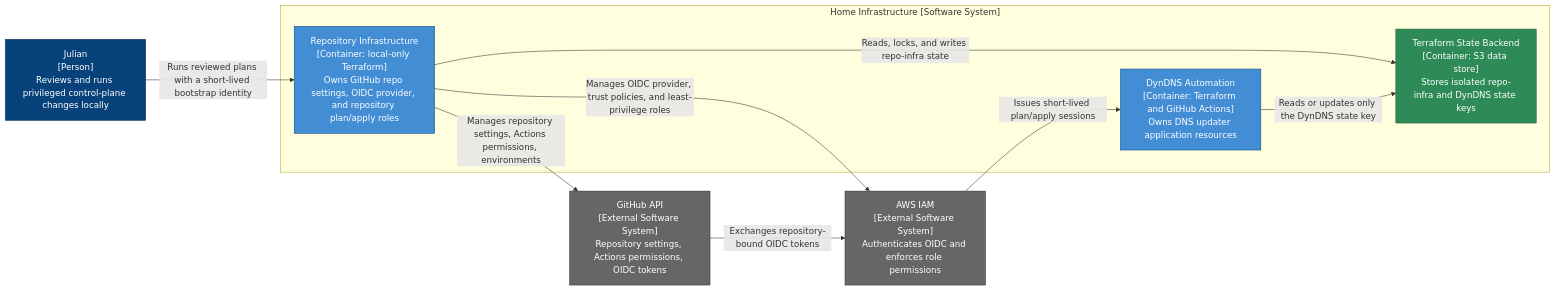
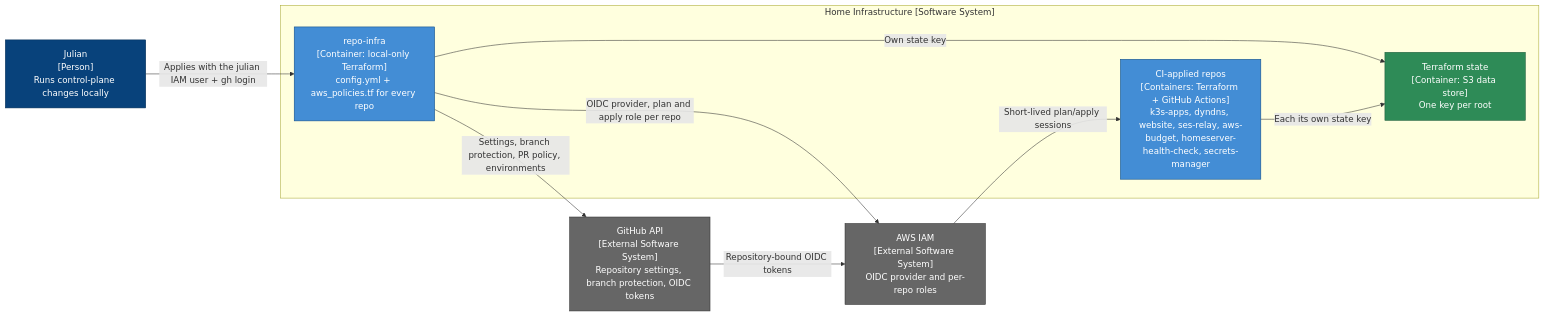
The diagram in docs/architecture/current/repo-infra.md (KandlerLi/home-infra-docs), drawn with Mermaid before and after one commit. The commit also changed other lines of this file and 15 other files, not shown here.

````diff
--- a/docs/architecture/current/repo-infra.md
+++ b/docs/architecture/current/repo-infra.md
@@ -7,29 +8,29 @@
 ```mermaid
 flowchart LR
-    operator["Julian<br/>[Person]<br/>Reviews and runs privileged control-plane changes locally"]
-    github_api["GitHub API<br/>[External Software System]<br/>Repository settings, Actions permissions, OIDC tokens"]
-    aws["AWS IAM<br/>[External Software System]<br/>Authenticates OIDC and enforces role permissions"]
+    operator["Julian<br/>[Person]<br/>Runs control-plane changes locally"]
+    github_api["GitHub API<br/>[External Software System]<br/>Repository settings, branch protection, OIDC tokens"]
+    aws["AWS IAM<br/>[External Software System]<br/>OIDC provider and per-repo roles"]
 
     subgraph infrastructure["Home Infrastructure [Software System]"]
-        repo_infra["Repository Infrastructure<br/>[Container: local-only Terraform]<br/>Owns GitHub repo settings, OIDC provider, and repository plan/apply roles"]
-        dyndns_iac["DynDNS Automation<br/>[Container: Terraform and GitHub Actions]<br/>Owns DNS updater application resources"]
-        state["Terraform State Backend<br/>[Container: S3 data store]<br/>Stores isolated repo-infra and DynDNS state keys"]
+        repo_infra["repo-infra<br/>[Container: local-only Terraform]<br/>config.yml + aws_policies.tf for every repo"]
+        workloads["CI-applied repos<br/>[Containers: Terraform + GitHub Actions]<br/>k3s-apps, dyndns, website, ses-relay, aws-budget, homeserver-health-check, secrets-manager"]
+        state["Terraform state<br/>[Container: S3 data store]<br/>One key per root"]
     end
 
-    operator -->|"Runs reviewed plans with a short-lived bootstrap identity"| repo_infra
-    repo_infra -->|"Manages repository settings, Actions permissions, environments"| github_api
-    repo_infra -->|"Manages OIDC provider, trust policies, and least-privilege roles"| aws
-    repo_infra -->|"Reads, locks, and writes repo-infra state"| state
-    github_api -->|"Exchanges repository-bound OIDC tokens"| aws
-    aws -->|"Issues short-lived plan/apply sessions"| dyndns_iac
-    dyndns_iac -->|"Reads or updates only the DynDNS state key"| state
+    operator -->|"Applies with the julian IAM user + gh login"| repo_infra
+    repo_infra -->|"Settings, branch protection, PR policy, environments"| github_api
+    repo_infra -->|"OIDC provider, plan and apply role per repo"| aws
+    repo_infra -->|"Own state key"| state
+    github_api -->|"Repository-bound OIDC tokens"| aws
+    aws -->|"Short-lived plan/apply sessions"| workloads
+    workloads -->|"Each its own state key"| state
 
     classDef person fill:#08427b,color:#fff,stroke:#052e56
     classDef external fill:#666,color:#fff,stroke:#333
     classDef container fill:#438dd5,color:#fff,stroke:#0b4884
     classDef datastore fill:#2e8b57,color:#fff,stroke:#1d5c3a
     class operator person
     class github_api,aws external
-    class repo_infra,dyndns_iac container
+    class repo_infra,workloads container
     class state datastore
 ```
````
